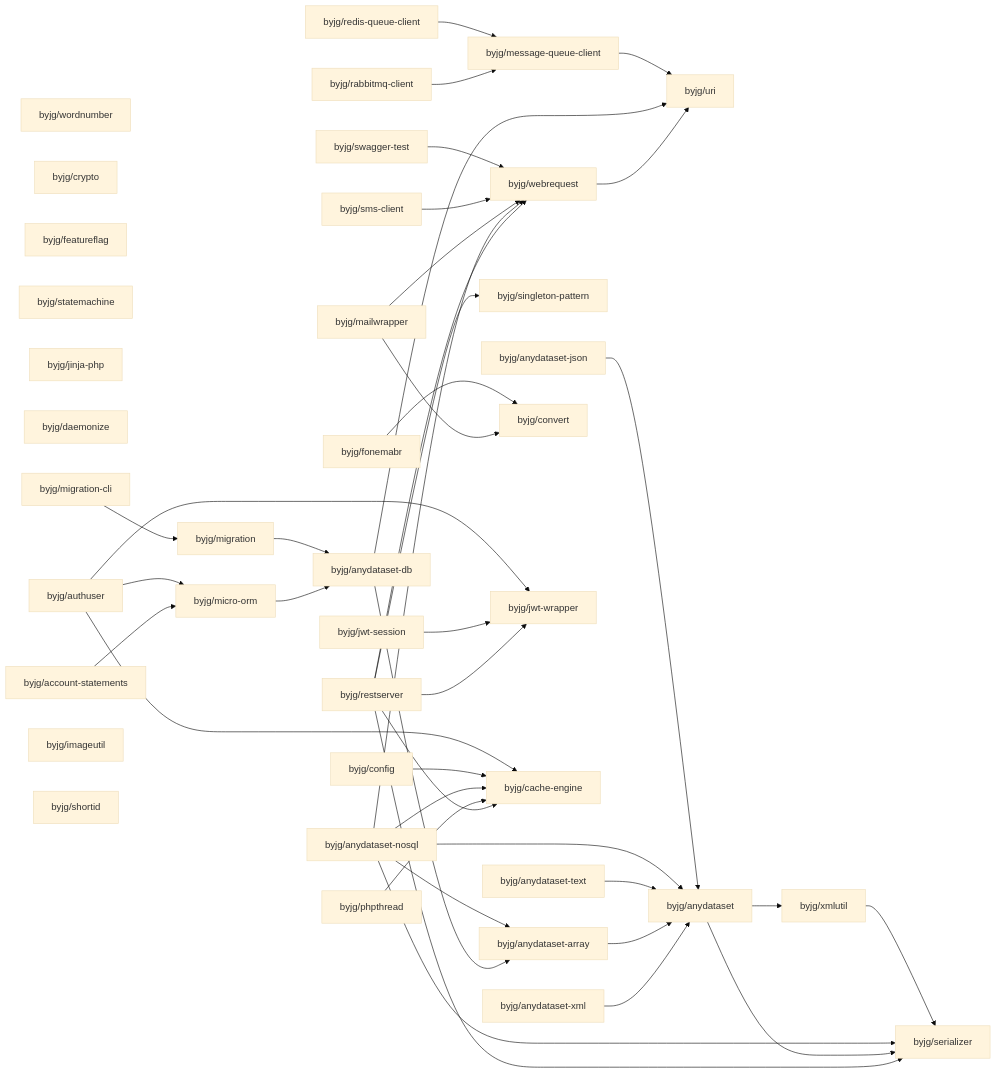
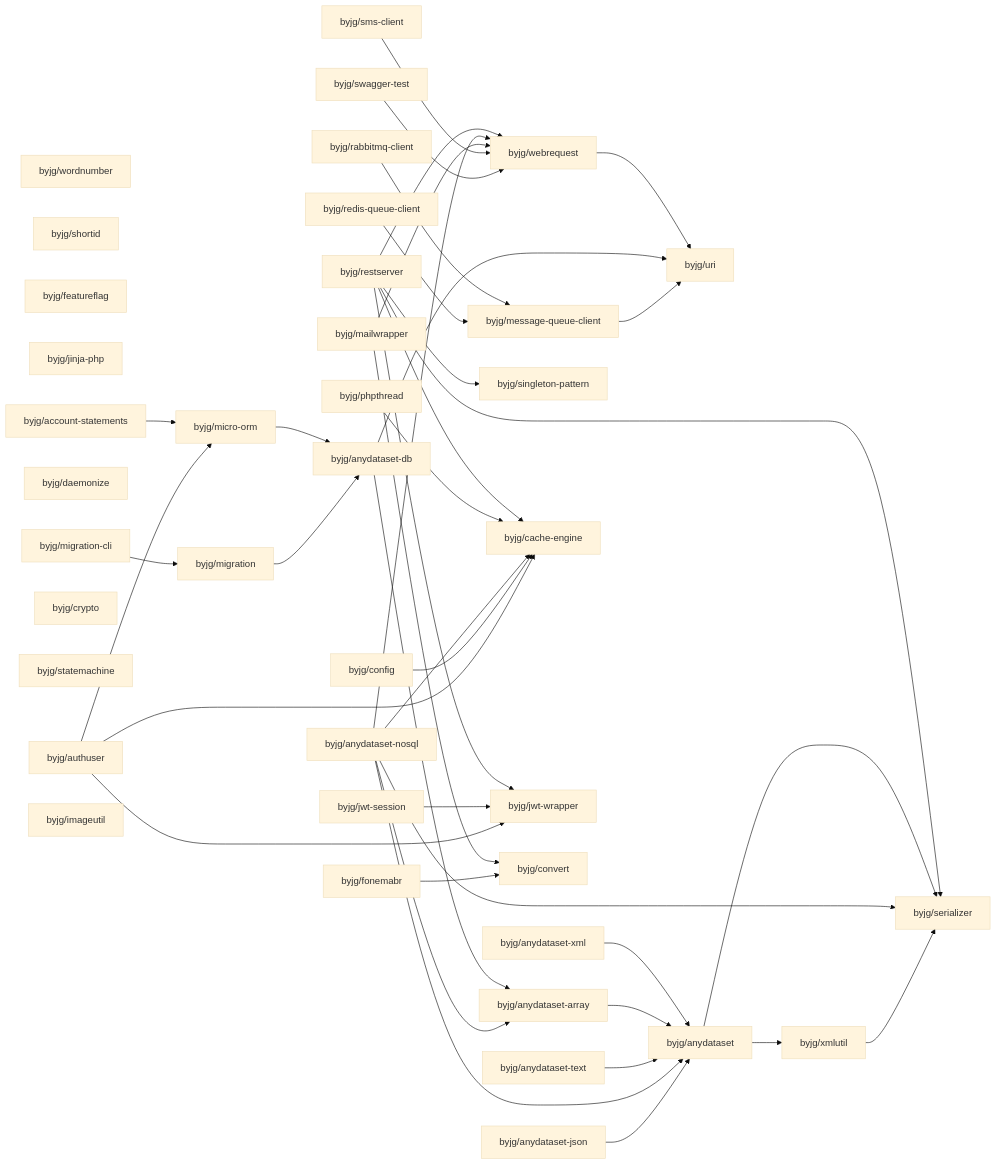
The diagram in docs/php/README.md (byjg/byjg.github.io), drawn with Mermaid (base theme) before and after one commit. The commit also changed other lines of this file and 2 other files, not shown here.

Commit message:
Update documentation 'php' 'php-phpthread'

````diff
--- a/docs/php/README.md
+++ b/docs/php/README.md
@@ -3,80 +3,80 @@
 ```mermaid
 graph LR;
   byjg/wordnumber;
-  byjg/crypto;
+  byjg/rabbitmq-client;
+  byjg/shortid;
   byjg/featureflag;
-  byjg/mailwrapper;
-  byjg/statemachine;
-  byjg/jwt-session;
-  byjg/restserver;
   byjg/jinja-php;
-  byjg/redis-queue-client;
-  byjg/rabbitmq-client;
-  byjg/swagger-test;
-  byjg/phpthread;
-  byjg/anydataset-nosql;
-  byjg/fonemabr;
-  byjg/anydataset-text;
-  byjg/daemonize;
-  byjg/anydataset-xml;
-  byjg/authuser;
   byjg/anydataset-json;
   byjg/account-statements;
+  byjg/restserver;
+  byjg/daemonize;
+  byjg/swagger-test;
+  byjg/authuser;
+  byjg/crypto;
+  byjg/statemachine;
+  byjg/redis-queue-client;
   byjg/config;
+  byjg/anydataset-text;
   byjg/migration-cli;
+  byjg/anydataset-nosql;
+  byjg/anydataset-xml;
+  byjg/mailwrapper;
+  byjg/phpthread;
+  byjg/jwt-session;
+  byjg/fonemabr;
+  byjg/imageutil;
   byjg/sms-client;
-  byjg/imageutil;
-  byjg/shortid;
   byjg/singleton-pattern;
+  byjg/micro-orm;
   byjg/message-queue-client;
+  byjg/migration;
+  byjg/cache-engine;
+  byjg/jwt-wrapper;
   byjg/convert;
-  byjg/jwt-wrapper;
-  byjg/micro-orm;
-  byjg/cache-engine;
-  byjg/migration;
   byjg/webrequest;
   byjg/anydataset-db;
   byjg/anydataset-array;
   byjg/uri;
   byjg/anydataset;
   byjg/xmlutil;
   byjg/serializer;
   byjg/migration --> byjg/anydataset-db;
   byjg/fonemabr --> byjg/convert;
   byjg/swagger-test --> byjg/webrequest;
   byjg/authuser --> byjg/micro-orm;
   byjg/authuser --> byjg/cache-engine;
   byjg/authuser --> byjg/jwt-wrapper;
   byjg/config --> byjg/cache-engine;
   byjg/message-queue-client --> byjg/uri;
   byjg/sms-client --> byjg/webrequest;
   byjg/xmlutil --> byjg/serializer;
   byjg/anydataset-json --> byjg/anydataset;
   byjg/mailwrapper --> byjg/convert;
   byjg/mailwrapper --> byjg/webrequest;
   byjg/anydataset-nosql --> byjg/anydataset;
   byjg/anydataset-nosql --> byjg/anydataset-array;
   byjg/anydataset-nosql --> byjg/serializer;
   byjg/anydataset-nosql --> byjg/webrequest;
   byjg/anydataset-nosql --> byjg/cache-engine;
   byjg/migration-cli --> byjg/migration;
   byjg/redis-queue-client --> byjg/message-queue-client;
   byjg/jwt-session --> byjg/jwt-wrapper;
   byjg/anydataset --> byjg/serializer;
   byjg/anydataset --> byjg/xmlutil;
   byjg/anydataset-db --> byjg/anydataset-array;
   byjg/anydataset-db --> byjg/uri;
   byjg/phpthread --> byjg/cache-engine;
   byjg/anydataset-text --> byjg/anydataset;
   byjg/restserver --> byjg/serializer;
   byjg/restserver --> byjg/singleton-pattern;
   byjg/restserver --> byjg/cache-engine;
   byjg/restserver --> byjg/webrequest;
   byjg/restserver --> byjg/jwt-wrapper;
   byjg/account-statements --> byjg/micro-orm;
   byjg/webrequest --> byjg/uri;
   byjg/micro-orm --> byjg/anydataset-db;
   byjg/anydataset-array --> byjg/anydataset;
   byjg/anydataset-xml --> byjg/anydataset;
   byjg/rabbitmq-client --> byjg/message-queue-client;
 ```
````
